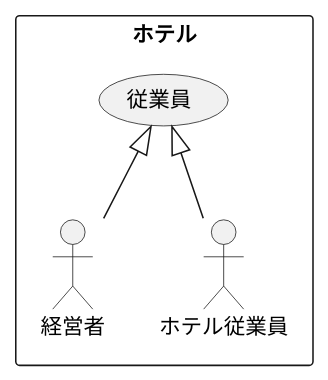
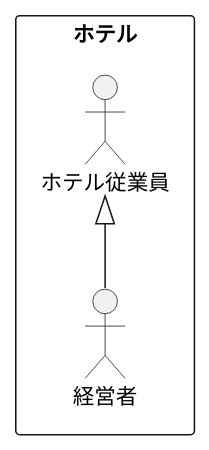
Before and after one commit to Yamamoto0818/uml-intro: the diagram in 演習2-2_ホテル従業員.pu, drawn with PlantUML.

Commit message:
課題

```diff
--- a/演習2-2_ホテル従業員.pu
+++ b/演習2-2_ホテル従業員.pu
@@ -1,9 +1,7 @@
 @startuml ユースケース図
 rectangle ホテル {
-usecase 従業員
 actor 経営者
 actor ホテル従業員
 }
-従業員 <|--経営者
-従業員 <|--ホテル従業員
+ホテル従業員<|--経営者
 @enduml
```
